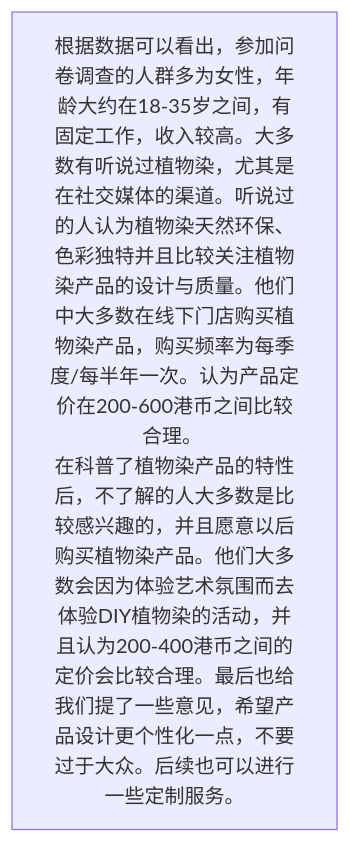
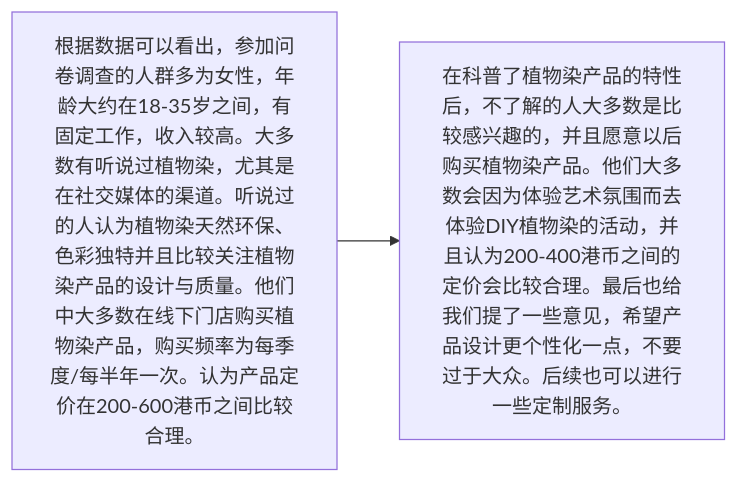
Before and after one commit to NaturalRice/git-demo: the diagram in README.md, drawn with Mermaid.

````diff
--- a/README.md
+++ b/README.md
@@ -1,5 +1,4 @@
 ```mermaid
 flowchart LR
-    A[根据数据可以看出，参加问卷调查的人群多为女性，年龄大约在18-35岁之间，有固定工作，收入较高。大多数有听说过植物染，尤其是在社交媒体的渠道。听说过的人认为植物染天然环保、色彩独特并且比较关注植物染产品的设计与质量。他们中大多数在线下门店购买植物染产品，购买频率为每季度/每半年一次。认为产品定价在200-600港币之间比较合理。 
-在科普了植物染产品的特性后，不了解的人大多数是比较感兴趣的，并且愿意以后购买植物染产品。他们大多数会因为体验艺术氛围而去体验DIY植物染的活动，并且认为200-400港币之间的定价会比较合理。最后也给我们提了一些意见，希望产品设计更个性化一点，不要过于大众。后续也可以进行一些定制服务。 ]
+    A[根据数据可以看出，参加问卷调查的人群多为女性，年龄大约在18-35岁之间，有固定工作，收入较高。大多数有听说过植物染，尤其是在社交媒体的渠道。听说过的人认为植物染天然环保、色彩独特并且比较关注植物染产品的设计与质量。他们中大多数在线下门店购买植物染产品，购买频率为每季度/每半年一次。认为产品定价在200-600港币之间比较合理。] --> C[在科普了植物染产品的特性后，不了解的人大多数是比较感兴趣的，并且愿意以后购买植物染产品。他们大多数会因为体验艺术氛围而去体验DIY植物染的活动，并且认为200-400港币之间的定价会比较合理。最后也给我们提了一些意见，希望产品设计更个性化一点，不要过于大众。后续也可以进行一些定制服务。 ]
 ```
````
